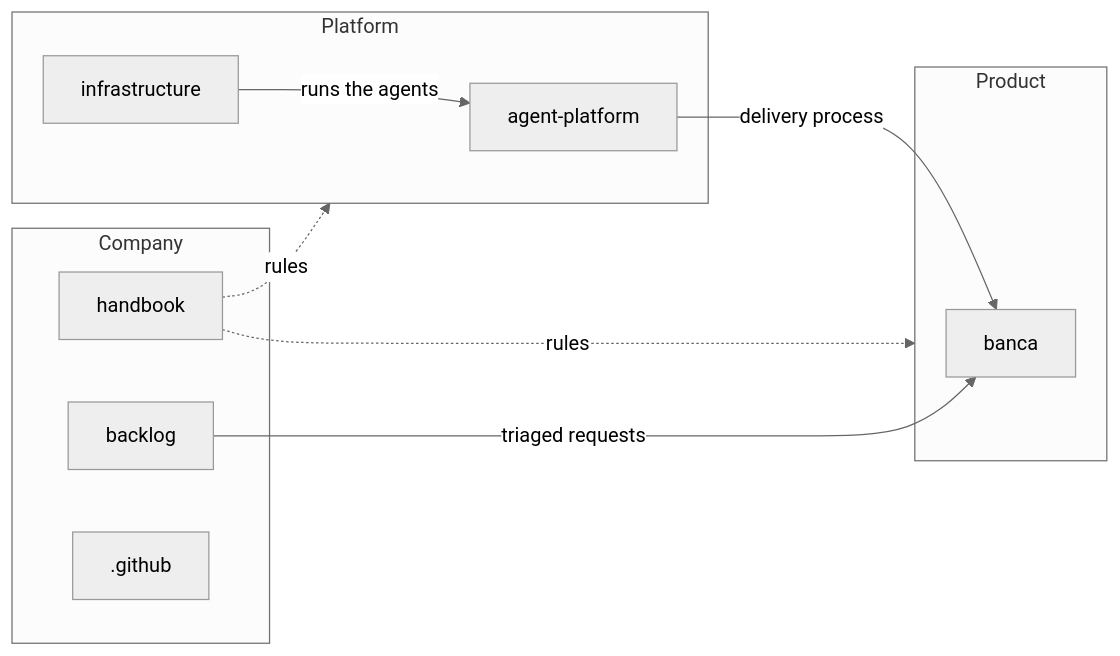
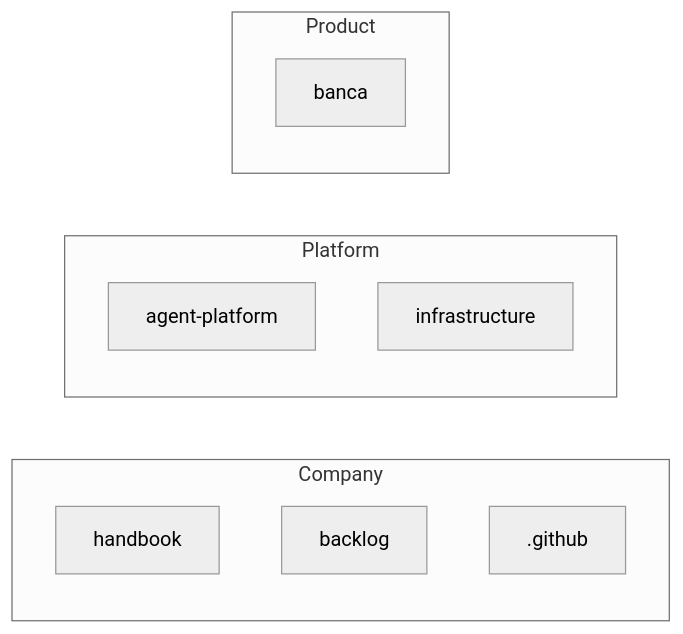
Before and after one commit to zinski-dev/.github: the diagram in profile/README.md, drawn with Mermaid (neutral theme). The commit also changed 1 other file, not shown here.

Commit message:
docs: keep the profile diagram to nodes and correct the README opening
Task: 3.1
Refs: zinski-dev/agent-platform#88

````diff
--- a/profile/README.md
+++ b/profile/README.md
@@ -24,20 +24,15 @@
 ```mermaid
 flowchart LR
     subgraph company[Company]
         handbook
         backlog
         dotgithub[.github]
     end
     subgraph platform[Platform]
         agentplatform[agent-platform]
         infrastructure
     end
     subgraph product[Product]
         banca
     end
-    backlog -->|triaged requests| banca
-    agentplatform -->|delivery process| banca
-    infrastructure -->|runs the agents| agentplatform
-    handbook -.->|rules| platform
-    handbook -.->|rules| product
 ```
````
